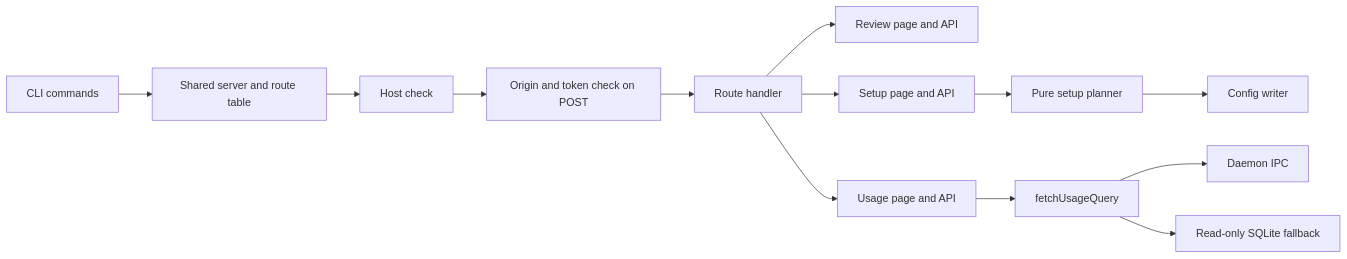
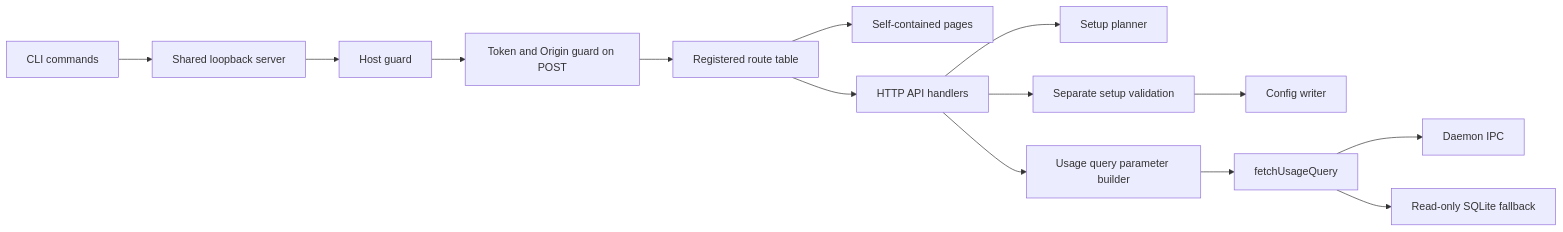
Before and after one commit to 4ndreello/codedeck: the diagram in .specs/features/web-console/design.md, drawn with Mermaid. The commit also changed other lines of this file and 2 other files, not shown here.

Commit message:
docs(web): Address web console spec review

```diff
--- a/.specs/features/web-console/design.md
+++ b/.specs/features/web-console/design.md
@@ -15,15 +19,16 @@
 ~~~mermaid
 flowchart LR
-    C[CLI commands] --> S[Shared server and route table]
-    S --> H[Host check]
-    H --> O[Origin and token check on POST]
-    O --> R[Route handler]
-    R --> RP[Review page and API]
-    R --> SP[Setup page and API]
-    R --> UP[Usage page and API]
-    SP --> P[Pure setup planner]
-    P --> W[Config writer]
-    UP --> Q[fetchUsageQuery]
+    C[CLI commands] --> S[Shared loopback server]
+    S --> H[Host guard]
+    H --> O[Token and Origin guard on POST]
+    O --> R[Registered route table]
+    R --> P[Self-contained pages]
+    R --> A[HTTP API handlers]
+    A --> SP[Setup planner]
+    A --> V[Separate setup validation]
+    V --> W[Config writer]
+    A --> U[Usage query parameter builder]
+    U --> Q[fetchUsageQuery]
     Q --> I[Daemon IPC]
     Q --> D[Read-only SQLite fallback]
 ~~~
```
